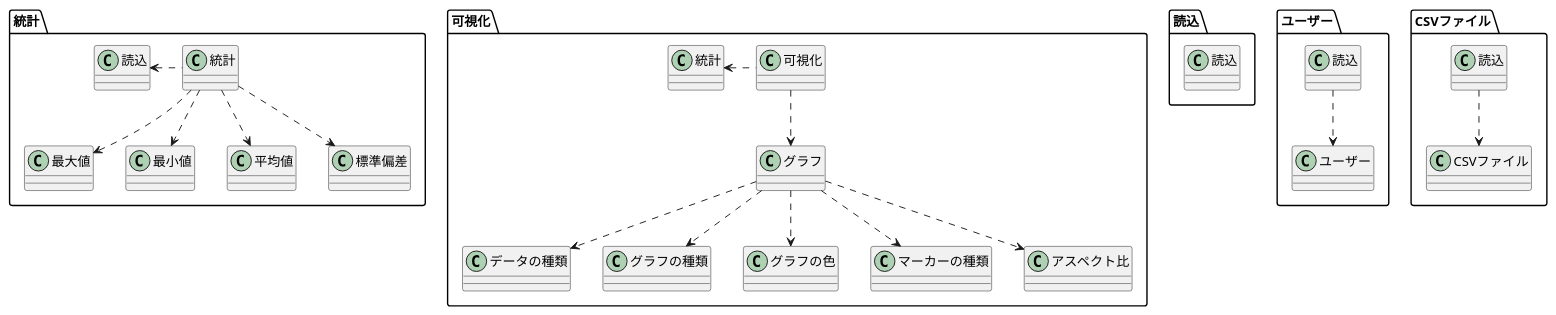
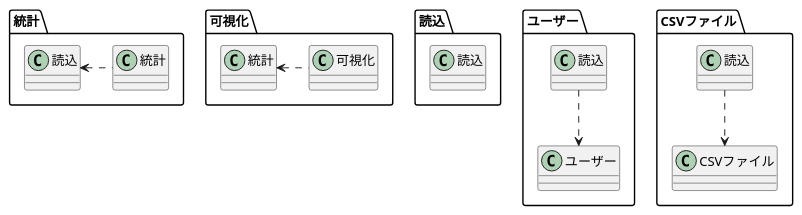
Before and after one commit to ShisatoYano/CsvDataAnalyzer: the diagram in docs/design/uml/PackageDiagram/PackageDiagram.puml, drawn with PlantUML.

Commit message:
remove some class from package diagram

```diff
--- a/docs/design/uml/PackageDiagram/PackageDiagram.puml
+++ b/docs/design/uml/PackageDiagram/PackageDiagram.puml
@@ -1,37 +1,27 @@
 @startuml
 
 package 読込 {
     class 読込
 }
 
 package 統計 {
     class 統計
     読込 <. 統計
-    統計 ..> 最大値
-    統計 ..> 最小値
-    統計 ..> 平均値
-    統計 ..> 標準偏差
 }
 
 package 可視化 {
     class 可視化
     統計 <. 可視化
-    可視化 ..> グラフ
-    グラフ ..> データの種類
-    グラフ ..> グラフの種類
-    グラフ ..> グラフの色
-    グラフ ..> マーカーの種類
-    グラフ ..> アスペクト比
 }
 
 package ユーザー {
     class ユーザー
     読込 ..> ユーザー
 }
 
 package CSVファイル {
     class CSVファイル
     読込 ..> CSVファイル
 }
 
 @enduml
```
